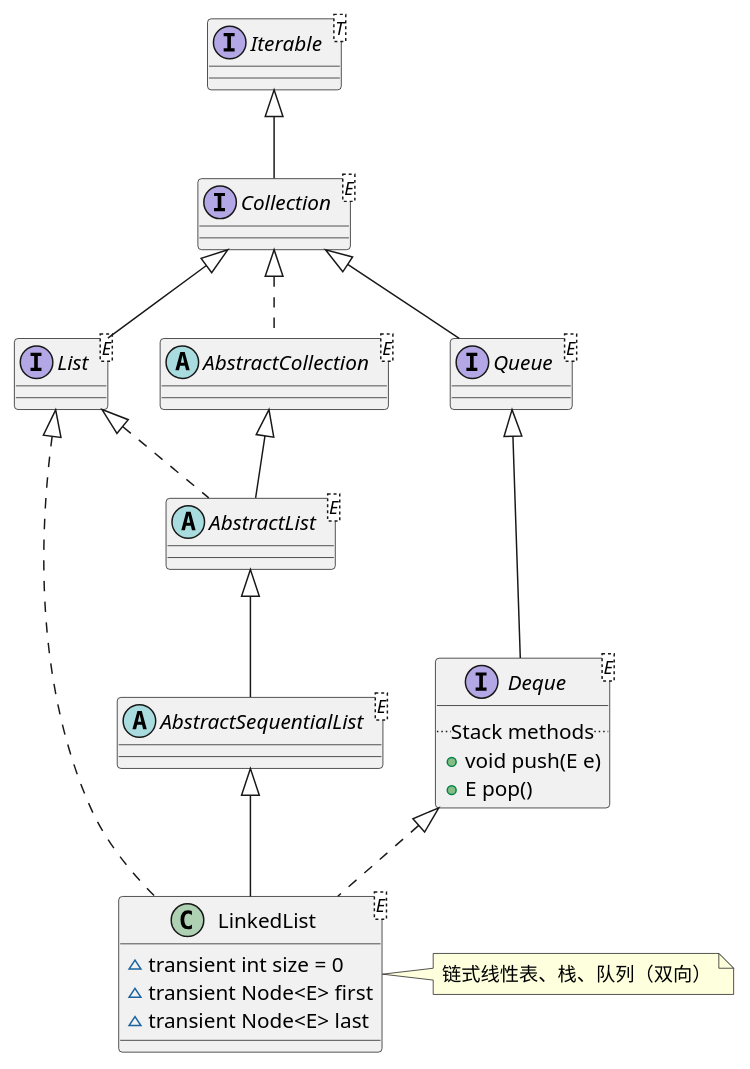
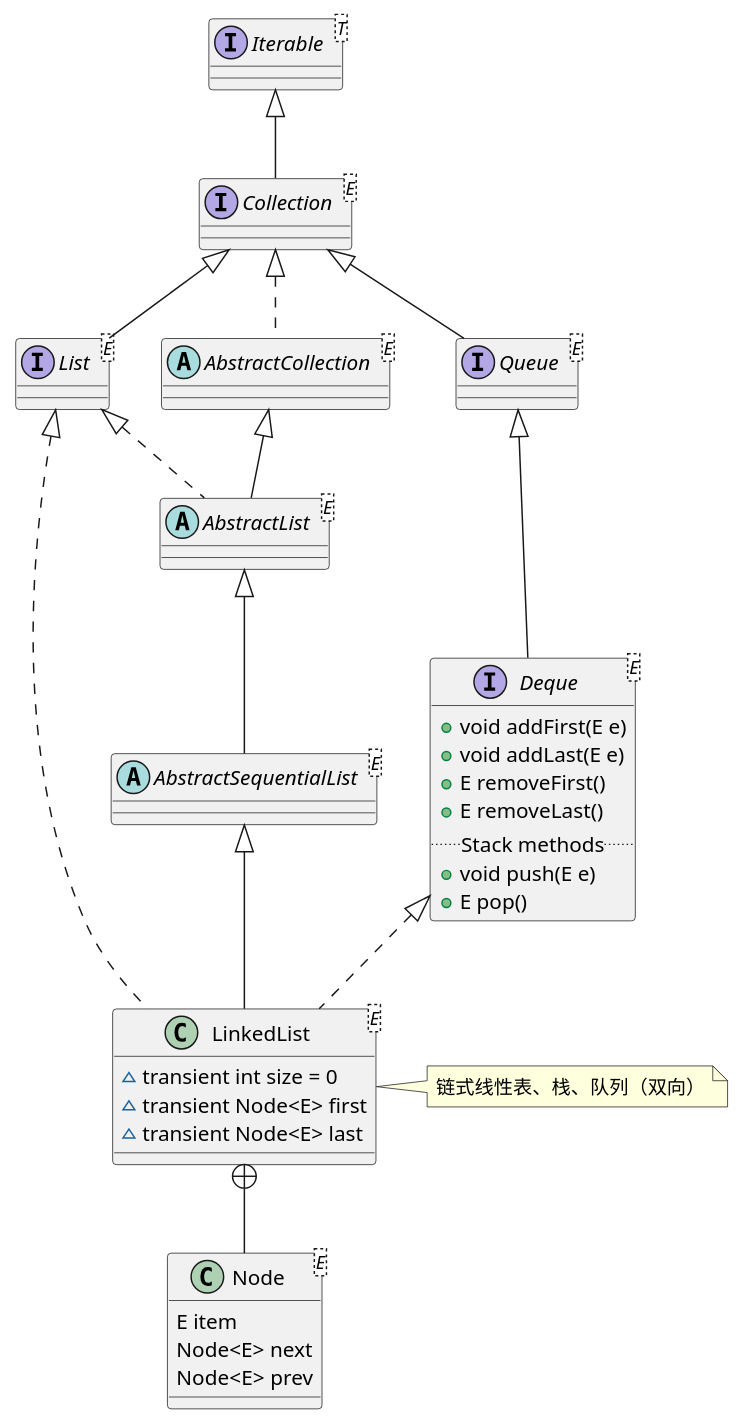
Before and after one commit to onlyonion/development: the diagram in 10-java/src/java/collections/list.LinkedList.md, drawn with PlantUML. The commit also changed other lines of this file and 23 other files, not shown here.

````diff
--- a/10-java/src/java/collections/list.LinkedList.md
+++ b/10-java/src/java/collections/list.LinkedList.md
@@ -13,45 +29,57 @@
 ```plantuml
 @startuml
 
 '''''''''''''''''''''''''''Collection、List'''''''''''''''''''''''''''
 interface Iterable<T>
 interface Collection<E>
 Iterable <|-- Collection
 interface List<E>
 Collection <|-- List
 
 abstract class AbstractCollection<E>
 Collection <|.. AbstractCollection
 
 abstract class AbstractList<E>
 List <|.. AbstractList
 AbstractCollection <|-- AbstractList
 
 '''''''''''''''''''''''''''连续的访问'''''''''''''''''''''''''''
 abstract class AbstractSequentialList<E>
 AbstractList <|-- AbstractSequentialList
 
 '''''''''''''''''''''''''''Queue、Deque、Stack'''''''''''''''''''''''''''
 interface Queue<E>
 interface Deque<E> {
+    + void addFirst(E e)
+    + void addLast(E e)
+    + E removeFirst()
+    + E removeLast()
     .. Stack methods ..
     + void push(E e)
     + E pop()
 }
 Collection <|-- Queue
 Queue <|-- Deque
 
-
+''''''''''''''''''''''''''' LinkedList ''''''''''''''''''''''''''
 class LinkedList<E> {
     ~ transient int size = 0
     ~ transient Node<E> first
     ~ transient Node<E> last
 }
 note right of LinkedList : 链式线性表、栈、队列（双向）
 
 List <|.. LinkedList
 Deque <|.. LinkedList
 AbstractSequentialList <|-- LinkedList
 
+'''''''''''''''''''''''''''Node '''''''''''''''''''''''''''
+class Node<E> {
+    E item
+    Node<E> next
+    Node<E> prev
+}
+LinkedList +-- Node
+
 @enduml
 ```
````
